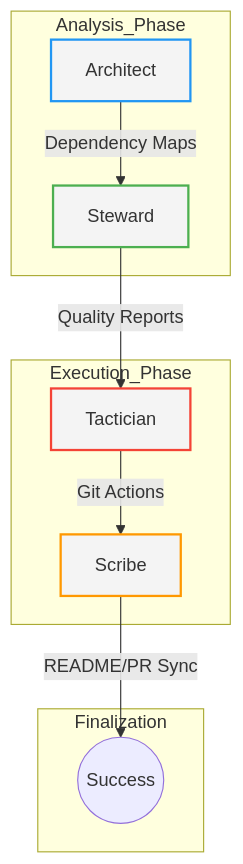
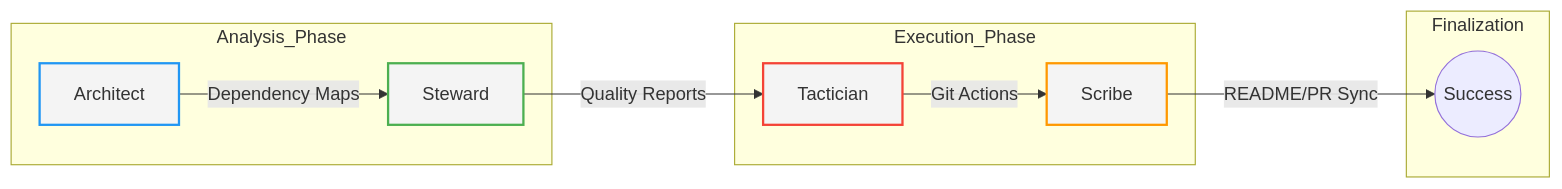
One commit to SRDdev/GitMentor changed the first of 2 diagrams in README.md. Above: the diagram before and after it, drawn with Mermaid. The commit also changed other lines of this file and 17 other files, not shown here.

````diff
--- a/README.md
+++ b/README.md
@@ -12,19 +22,19 @@
 ```mermaid
-graph TD
+graph LR
     subgraph Analysis_Phase
         A[Architect] -->|Dependency Maps| S[Steward]
     end
     subgraph Execution_Phase
         S -->|Quality Reports| T[Tactician]
         T -->|Git Actions| Sc[Scribe]
     end
     subgraph Finalization
         Sc -->|README/PR Sync| END((Success))
     end
-    
+
     style A fill:#f4f4f4,stroke:#2196f3,stroke-width:2px
     style S fill:#f4f4f4,stroke:#4caf50,stroke-width:2px
     style T fill:#f4f4f4,stroke:#f44336,stroke-width:2px
     style Sc fill:#f4f4f4,stroke:#ff9800,stroke-width:2px
 
 ```
````
